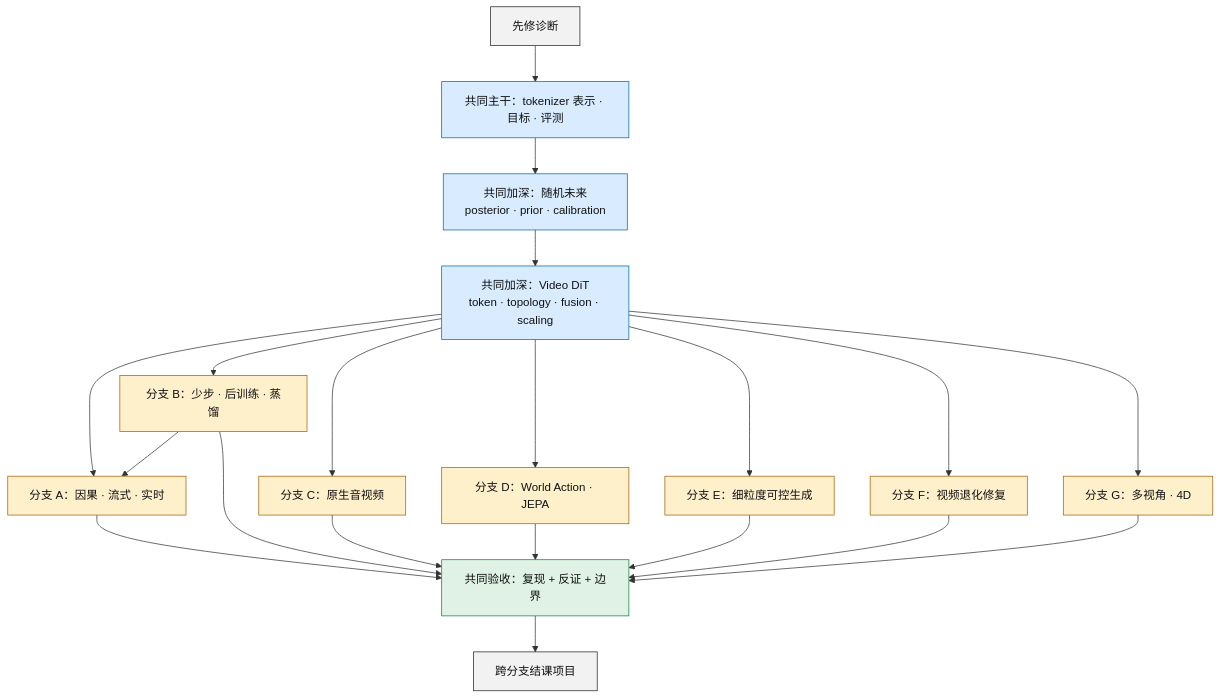
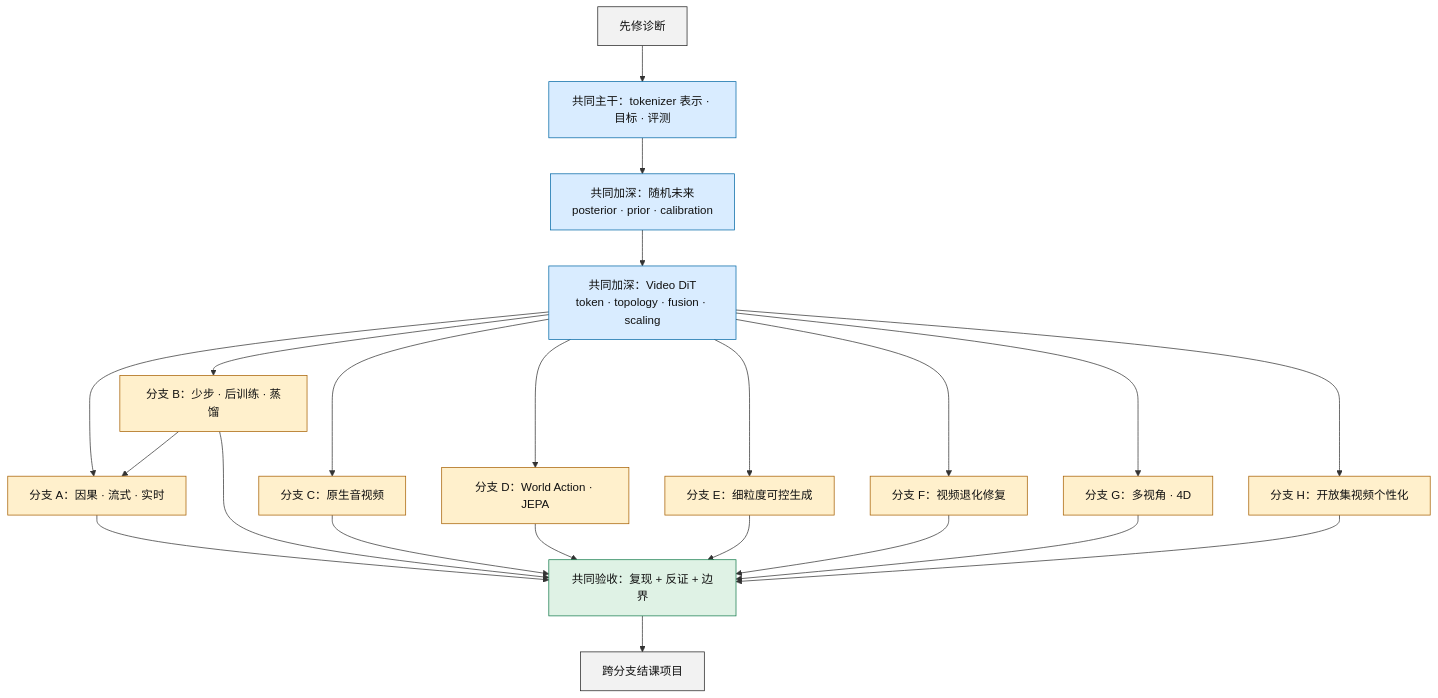
One commit to GVCLab/Video-Generation-101 changed the first of 2 diagrams in docs/reading-list.md. Above: the diagram before and after it, drawn with Mermaid. The commit also changed other lines of this file and 19 other files, not shown here.

````diff
--- a/docs/reading-list.md
+++ b/docs/reading-list.md
@@ -43,34 +43,36 @@
 ```mermaid
 flowchart TB
     accTitle: 视频生成论文课程的依赖路线
-    accDescr: 学习者先完成先修诊断，再通过 tokenizer 表示、生成目标和评测组成的共同主干，补齐变分随机未来的训练后验、部署先验与校准，再完成 Video DiT 的 token、注意力、融合与扩展加深单元。之后可选择七条任务分支并进入共同验收。
+    accDescr: 学习者先完成先修诊断，再通过 tokenizer 表示、生成目标和评测组成的共同主干，补齐变分随机未来的训练后验、部署先验与校准，再完成 Video DiT 的 token、注意力、融合与扩展加深单元。之后可选择八条任务分支并进入共同验收。
 
     P["先修诊断"] --> K["共同主干：tokenizer 表示 · 目标 · 评测"]
     K --> U["共同加深：随机未来<br/>posterior · prior · calibration"]
     U --> B["共同加深：Video DiT<br/>token · topology · fusion · scaling"]
     B --> S["分支 A：因果 · 流式 · 实时"]
     B --> D["分支 B：少步 · 后训练 · 蒸馏"]
     B --> A["分支 C：原生音视频"]
     B --> W["分支 D：World Action · JEPA"]
     B --> G["分支 E：细粒度可控生成"]
     B --> R["分支 F：视频退化修复"]
     B --> M["分支 G：多视角 · 4D"]
+    B --> PERS["分支 H：开放集视频个性化"]
     D --> S
     S --> V["共同验收：复现 + 反证 + 边界"]
     D --> V
     A --> V
     W --> V
     G --> V
     R --> V
     M --> V
+    PERS --> V
     V --> C["跨分支结课项目"]
 
     classDef gate fill:#f2f2f2,stroke:#222,color:#111
     classDef trunk fill:#d9ecff,stroke:#0067a5,color:#111
     classDef branch fill:#fff0cc,stroke:#a65f00,color:#111
     classDef verify fill:#dff2e5,stroke:#147a4b,color:#111
     class P,C gate
     class K,U,B trunk
-    class S,D,A,W,G,R,M branch
+    class S,D,A,W,G,R,M,PERS branch
     class V verify
 ```
````
